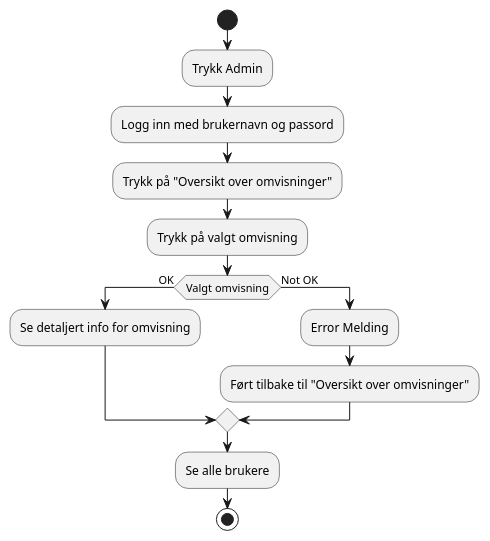
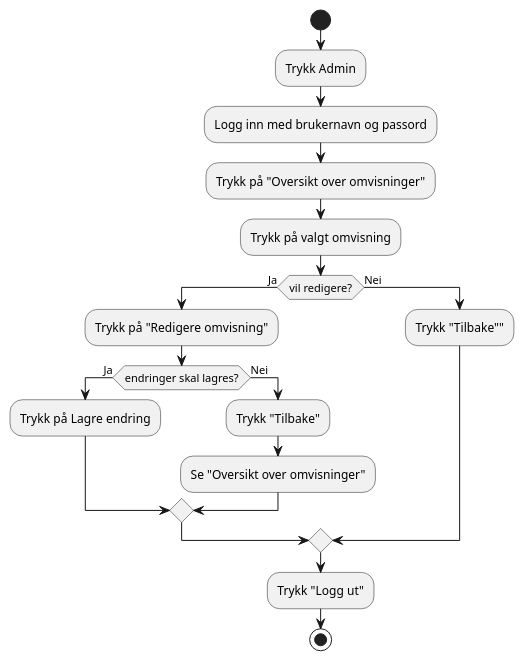
Before and after one commit to WaalerThomas/ITF20319_Gruppe13: the diagram in models/ActivityDiagram/Admin.puml, drawn with PlantUML.

Commit message:
Done with activity diagram for admin

```diff
--- a/models/ActivityDiagram/Admin.puml
+++ b/models/ActivityDiagram/Admin.puml
@@ -1,20 +1,23 @@
 @startuml
 'https://plantuml.com/activity-diagram-beta
 
 start
 :Trykk Admin;
 :Logg inn med brukernavn og passord;
 :Trykk på "Oversikt over omvisninger";
 :Trykk på valgt omvisning;
-if (Valgt omvisning) is (OK) then
-  :Se detaljert info for omvisning;
-else (Not OK)
-  :Error Melding;
-  :Ført tilbake til "Oversikt over omvisninger";
+if (vil redigere?) is (Ja) then
+  :Trykk på "Redigere omvisning";
+  if (endringer skal lagres?) is (Ja) then
+    :Trykk på Lagre endring;
+  else (Nei)
+  :Trykk "Tilbake";
+  :Se "Oversikt over omvisninger";
+  endif
+else (Nei)
+:Trykk "Tilbake"";
 endif
-:Se alle brukere;
-
-
+:Trykk "Logg ut";
 stop
 
 @enduml
```
